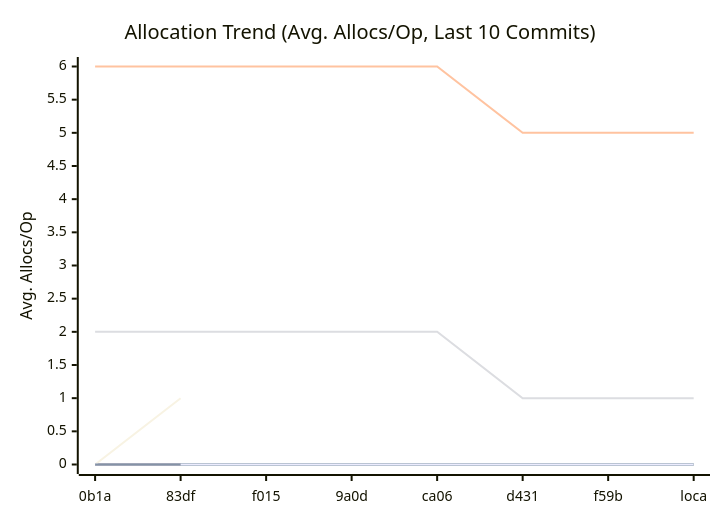
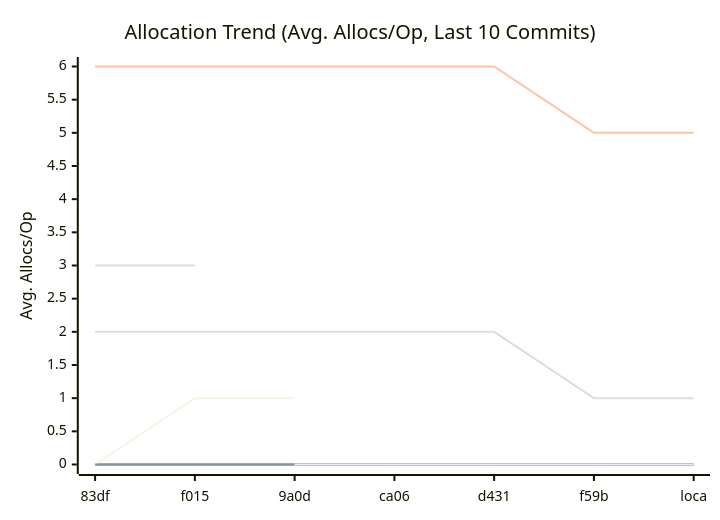
One commit to alsotoes/momo changed the third of 3 diagrams in docs/PERFORMANCE.md. Above: the diagram before and after it, drawn with Mermaid. The commit also changed other lines of this file and 1 other file, not shown here.

````diff
--- a/docs/PERFORMANCE.md
+++ b/docs/PERFORMANCE.md
@@ -122,21 +122,21 @@
 ```mermaid
 xychart-beta
     title "Allocation Trend (Avg. Allocs/Op, Last 10 Commits)"
     x-axis "Commit"
     y-axis "Avg. Allocs/Op"
-    x-axis [0b1a,83df,f015,9a0d,ca06,d431,f59b,loca]
+    x-axis [83df,f015,9a0d,ca06,d431,f59b,loca]
     line "CheckMetricsAndSwap" [0,0,0,0,0,0,0,0,0,0]
-    line "CheckMetricsAndSwap" [0,0]
-    line "CrushOptimized" [0]
-    line "CrushOriginal" [3]
+    line "CheckMetricsAndSwap" [0,0,0]
+    line "CrushOptimized" [0,0]
+    line "CrushOriginal" [3,3]
     line "IndexDirectTracking" [0,0,0,0,0,0,0,0,0,0]
-    line "IndexDirectTracking" [0,0]
+    line "IndexDirectTracking" [0,0,0]
     line "IndexSearch" [0,0,0,0,0,0,0,0,0,0]
-    line "IndexSearch" [0,0]
+    line "IndexSearch" [0,0,0]
     line "LoadGlobalConfig" [0,0,0,0,0,0,0,0,0,0]
-    line "LoadGlobalConfig" [0,1]
+    line "LoadGlobalConfig" [0,1,1]
     line "PadString" [0,0,0,0,0,0,0,0,0,0]
-    line "PadString" [0,0]
+    line "PadString" [0,0,0]
     line "ParseReplicationOrder_NoPrealloc" [6,6,6,6,6,5,5,5,5,5]
     line "ParseReplicationOrder_Prealloc" [2,2,2,2,2,1,1,1,1,1]
 ```
````
